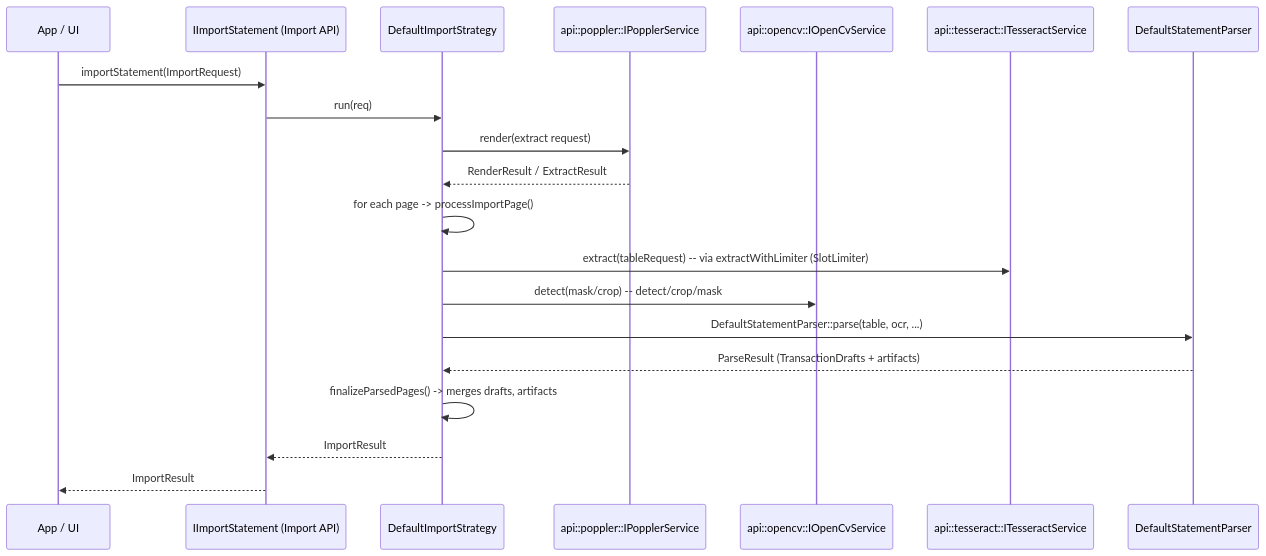
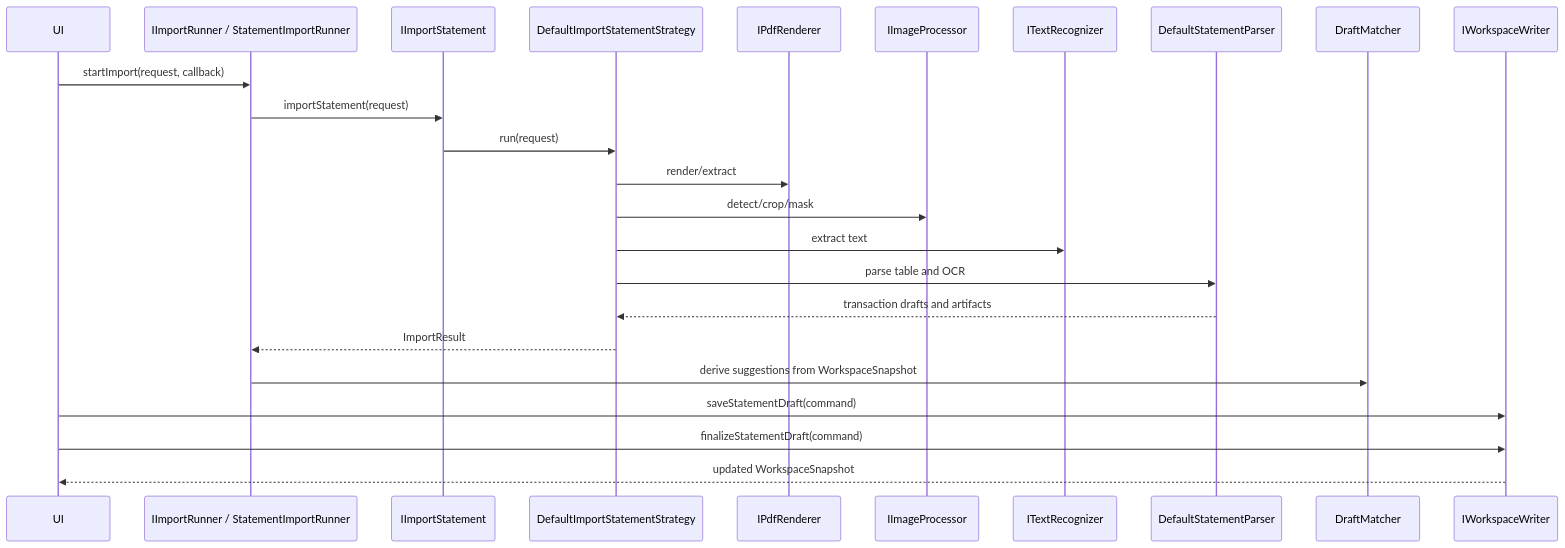
The seventh of 20 diagrams in docs/DESIGN.md (Wiiii90/FOSSredder), drawn with Mermaid before and after one commit. The commit also changed other lines of this file and 30 other files, not shown here.

````diff
--- a/docs/DESIGN.md
+++ b/docs/DESIGN.md
@@ -357,23 +832,27 @@
 ```mermaid
 sequenceDiagram
-    participant Caller as App / UI
-    participant IS as IImportStatement (Import API)
-    participant Strat as DefaultImportStrategy
-    participant Pop as api::poppler::IPopplerService
-    participant CV as api::opencv::IOpenCvService
-    participant Tess as api::tesseract::ITesseractService
+    participant UI as UI
+    participant Runner as IImportRunner / StatementImportRunner
+    participant Importer as IImportStatement
+    participant Strategy as DefaultImportStatementStrategy
+    participant Pdf as IPdfRenderer
+    participant Image as IImageProcessor
+    participant Ocr as ITextRecognizer
     participant Parser as DefaultStatementParser
+    participant Matcher as DraftMatcher
+    participant Writer as IWorkspaceWriter
 
-    Caller->>IS: importStatement(ImportRequest)
-    IS->>Strat: run(req)
-    Strat->>Pop: render(extract request)
-    Pop-->>Strat: RenderResult / ExtractResult
-    Strat->>Strat: for each page -> processImportPage()
-    Strat->>Tess: extract(tableRequest)  -- via extractWithLimiter (SlotLimiter)
-    Strat->>CV: detect(mask/crop)         -- detect/crop/mask
-    Strat->>Parser: DefaultStatementParser::parse(table, ocr, ...)
-    Parser-->>Strat: ParseResult (TransactionDrafts + artifacts)
-    Strat->>Strat: finalizeParsedPages() -> merges drafts, artifacts
-    Strat-->>IS: ImportResult
-    IS-->>Caller: ImportResult
+    UI->>Runner: startImport(request, callback)
+    Runner->>Importer: importStatement(request)
+    Importer->>Strategy: run(request)
+    Strategy->>Pdf: render/extract
+    Strategy->>Image: detect/crop/mask
+    Strategy->>Ocr: extract text
+    Strategy->>Parser: parse table and OCR
+    Parser-->>Strategy: transaction drafts and artifacts
+    Strategy-->>Runner: ImportResult
+    Runner->>Matcher: derive suggestions from WorkspaceSnapshot
+    UI->>Writer: saveStatementDraft(command)
+    UI->>Writer: finalizeStatementDraft(command)
+    Writer-->>UI: updated WorkspaceSnapshot
 ```
````
